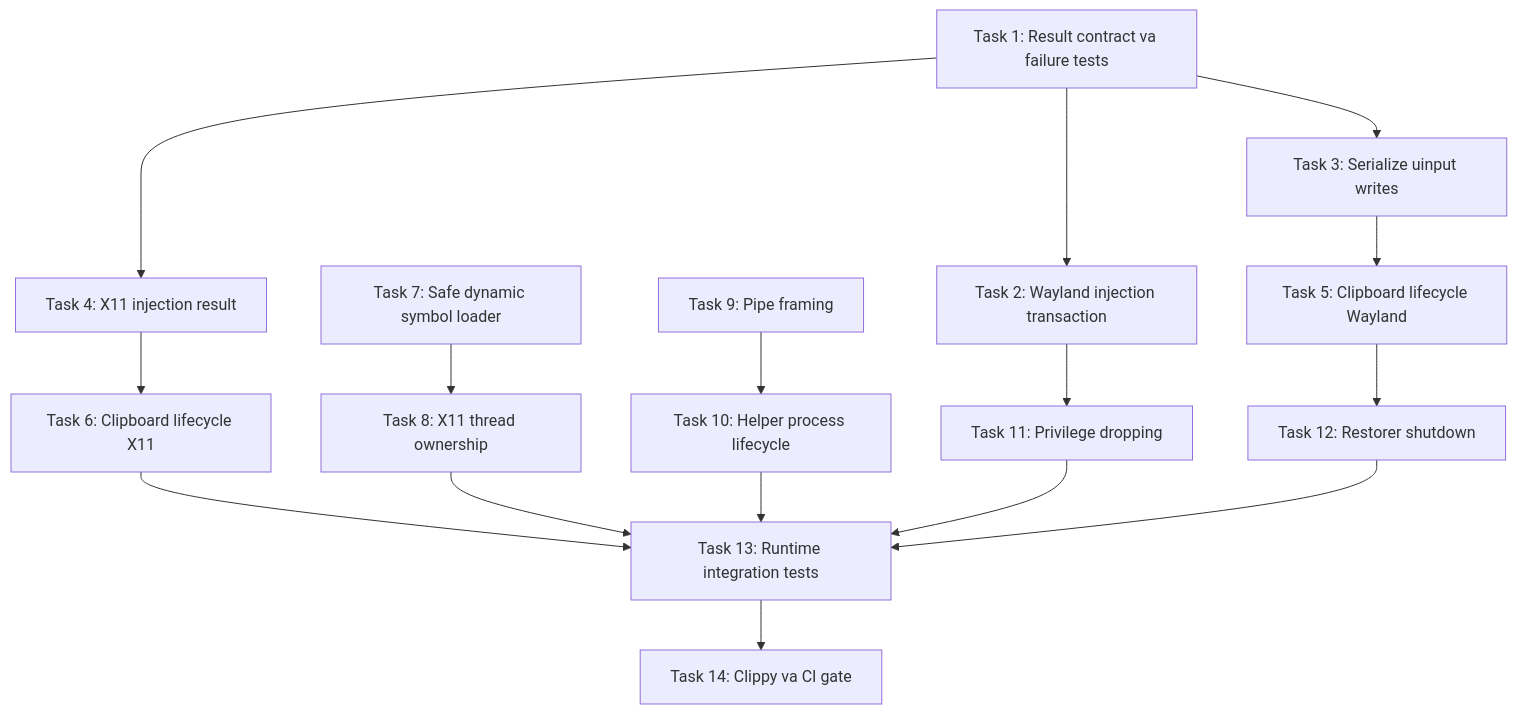
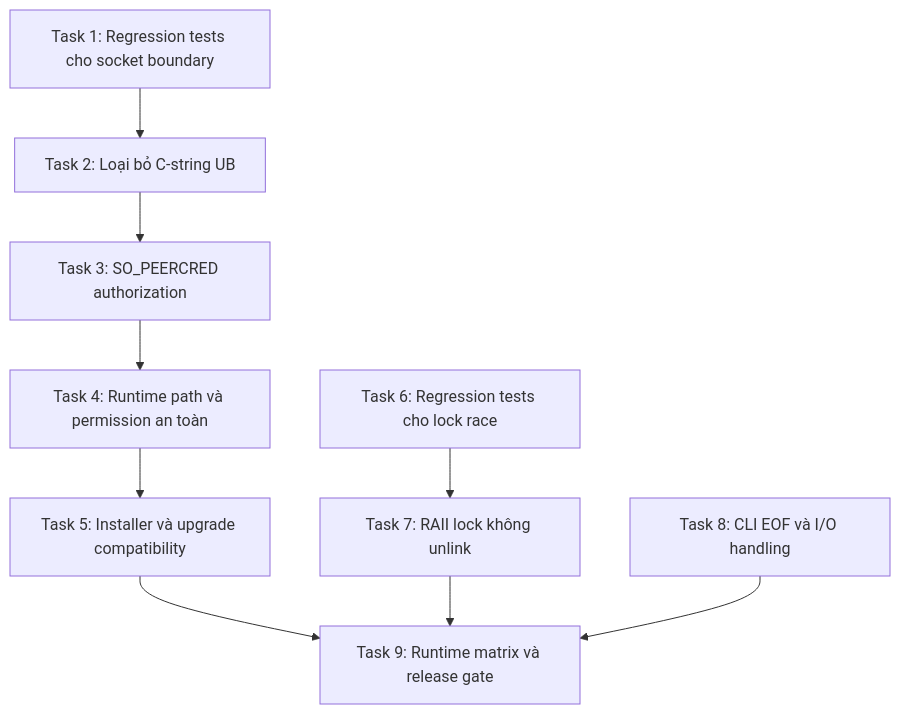
Before and after one commit to thanhhuynhduy/vietc: the diagram in tasks/plan.md, drawn with Mermaid. The commit also changed other lines of this file and 1 other file, not shown here.

````diff
--- a/tasks/plan.md
+++ b/tasks/plan.md
@@ -32,18 +70,12 @@
 ```mermaid
 graph TD
-    A[Task 1: Result contract va failure tests] --> B[Task 2: Wayland injection transaction]
-    A --> C[Task 3: Serialize uinput writes]
-    A --> D[Task 4: X11 injection result]
-    C --> E[Task 5: Clipboard lifecycle Wayland]
-    D --> F[Task 6: Clipboard lifecycle X11]
-    G[Task 7: Safe dynamic symbol loader] --> H[Task 8: X11 thread ownership]
-    I[Task 9: Pipe framing] --> J[Task 10: Helper process lifecycle]
-    B --> K[Task 11: Privilege dropping]
-    E --> L[Task 12: Restorer shutdown]
-    F --> M[Task 13: Runtime integration tests]
-    H --> M
-    J --> M
-    K --> M
-    L --> M
-    M --> N[Task 14: Clippy va CI gate]
+    A[Task 1: Regression tests cho socket boundary] --> B[Task 2: Loại bỏ C-string UB]
+    B --> C[Task 3: SO_PEERCRED authorization]
+    C --> D[Task 4: Runtime path và permission an toàn]
+    D --> E[Task 5: Installer và upgrade compatibility]
+    F[Task 6: Regression tests cho lock race] --> G[Task 7: RAII lock không unlink]
+    H[Task 8: CLI EOF và I/O handling]
+    E --> I[Task 9: Runtime matrix và release gate]
+    G --> I
+    H --> I
 ```
````
